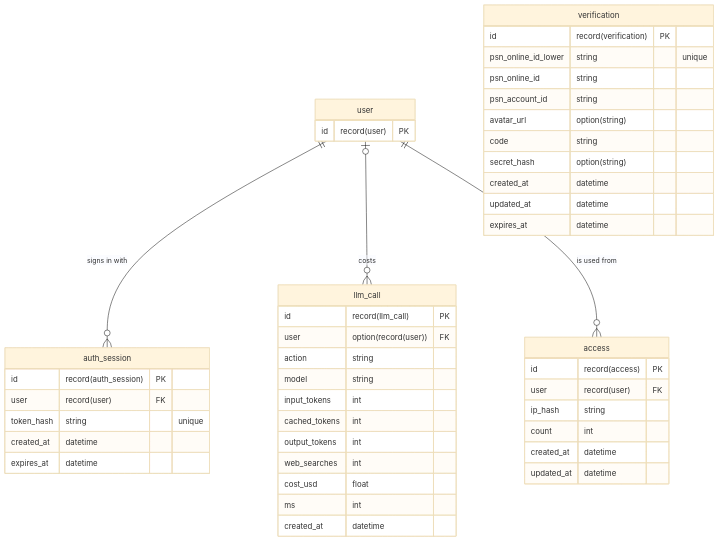
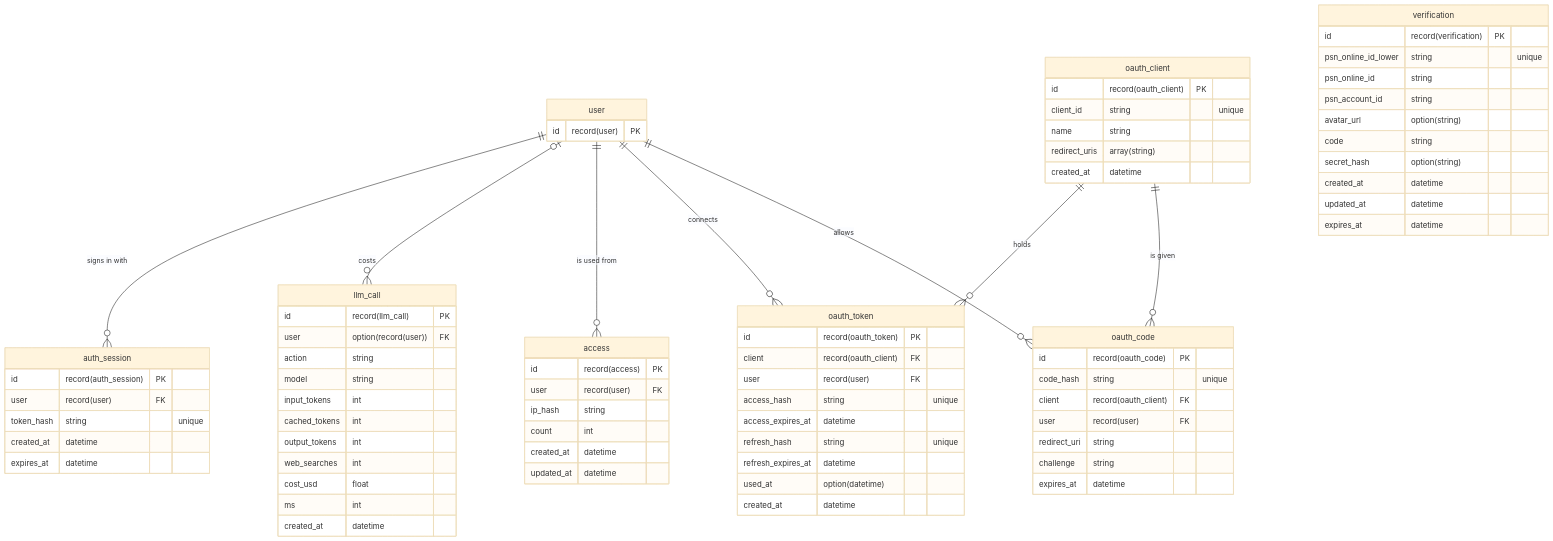
One commit to renatoaug/platjourney changed the fifth of 5 diagrams in docs/design/04-database.md. Above: the diagram before and after it, drawn with Mermaid (base theme). The commit also changed other lines of this file and 58 other files, not shown here.

````diff
--- a/docs/design/04-database.md
+++ b/docs/design/04-database.md
@@ -354,49 +354,80 @@
 ```mermaid
 erDiagram
     user ||--o{ auth_session : "signs in with"
     user |o--o{ llm_call : "costs"
     user ||--o{ access : "is used from"
+    user ||--o{ oauth_token : "connects"
+    oauth_client ||--o{ oauth_token : "holds"
+    oauth_client ||--o{ oauth_code : "is given"
+    user ||--o{ oauth_code : "allows"
     auth_session {
         id record(auth_session) PK
         user record(user) FK
         token_hash string "unique"
         created_at datetime
         expires_at datetime
     }
     verification {
         id record(verification) PK
         psn_online_id_lower string "unique"
         psn_online_id string
         psn_account_id string
         avatar_url option(string)
         code string
         secret_hash option(string)
         created_at datetime
         updated_at datetime
         expires_at datetime
     }
     access {
         id record(access) PK
         user record(user) FK
         ip_hash string
         count int
         created_at datetime
         updated_at datetime
     }
+    oauth_client {
+        id record(oauth_client) PK
+        client_id string "unique"
+        name string
+        redirect_uris array(string)
+        created_at datetime
+    }
+    oauth_code {
+        id record(oauth_code) PK
+        code_hash string "unique"
+        client record(oauth_client) FK
+        user record(user) FK
+        redirect_uri string
+        challenge string
+        expires_at datetime
+    }
+    oauth_token {
+        id record(oauth_token) PK
+        client record(oauth_client) FK
+        user record(user) FK
+        access_hash string "unique"
+        access_expires_at datetime
+        refresh_hash string "unique"
+        refresh_expires_at datetime
+        used_at option(datetime)
+        created_at datetime
+    }
     llm_call {
         id record(llm_call) PK
         user option(record(user)) FK
         action string
         model string
         input_tokens int
         cached_tokens int
         output_tokens int
         web_searches int
         cost_usd float
         ms int
         created_at datetime
     }
     user {
         id record(user) PK
     }
 ```
````
